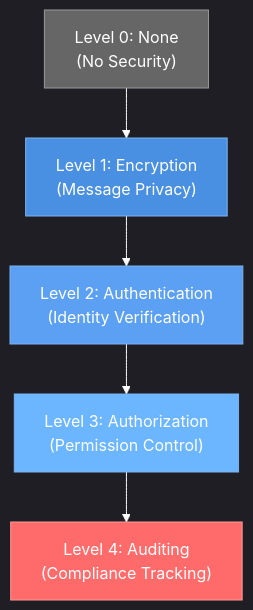
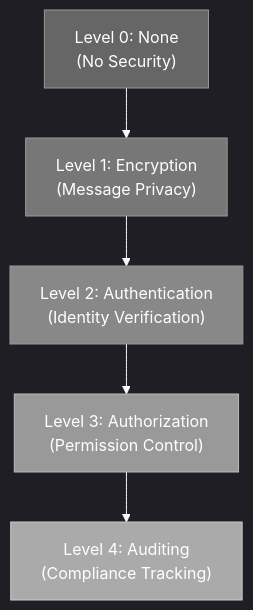
Before and after one commit to mbhatt1/ecps-sdk: diagram 12 of 14 in DesignDoc.md, drawn with Mermaid. The commit also changed other lines of this file, not shown here.

Commit message:
Adding trust layer + fix diagrams

````diff
--- a/DesignDoc.md
+++ b/DesignDoc.md
@@ -841,20 +841,20 @@
 ```mermaid
-%%{init: {'theme': 'dark', 'themeVariables': { 'primaryColor': '#4a90e2', 'primaryTextColor': '#ffffff', 'primaryBorderColor': '#7bb3f0', 'lineColor': '#ffffff', 'secondaryColor': '#5ba0f2', 'tertiaryColor': '#357abd', 'background': '#1e1e1e', 'mainBkg': '#2d2d2d', 'secondBkg': '#3d3d3d', 'tertiaryColor': '#4d4d4d'}}}%%
+%%{init: {'theme': 'dark', 'themeVariables': { 'primaryColor': '#666666', 'primaryTextColor': '#ffffff', 'primaryBorderColor': '#999999', 'lineColor': '#ffffff', 'secondaryColor': '#777777', 'tertiaryColor': '#555555', 'background': '#2d2d2d', 'mainBkg': '#666666', 'secondBkg': '#777777', 'tertiaryColor': '#888888'}}}%%
 graph TD
     NoSecurity["Level 0: None<br/>(No Security)"] --> Encryption["Level 1: Encryption<br/>(Message Privacy)"]
     Encryption --> Authentication["Level 2: Authentication<br/>(Identity Verification)"]
     Authentication --> Authorization["Level 3: Authorization<br/>(Permission Control)"]
     Authorization --> Auditing["Level 4: Auditing<br/>(Compliance Tracking)"]
     
     classDef none fill:#666666,stroke:#999999,color:#ffffff
-    classDef enc fill:#4a90e2,stroke:#7bb3f0,color:#ffffff
-    classDef auth fill:#5ba0f2,stroke:#7bb3f0,color:#ffffff
-    classDef authz fill:#6bb6ff,stroke:#7bb3f0,color:#ffffff
-    classDef audit fill:#ff6b6b,stroke:#ff9999,color:#ffffff
+    classDef enc fill:#777777,stroke:#999999,color:#ffffff
+    classDef auth fill:#888888,stroke:#999999,color:#ffffff
+    classDef authz fill:#999999,stroke:#bbbbbb,color:#ffffff
+    classDef audit fill:#aaaaaa,stroke:#cccccc,color:#ffffff
     
     class NoSecurity none
     class Encryption enc
     class Authentication auth
     class Authorization authz
     class Auditing audit
 ```
````
